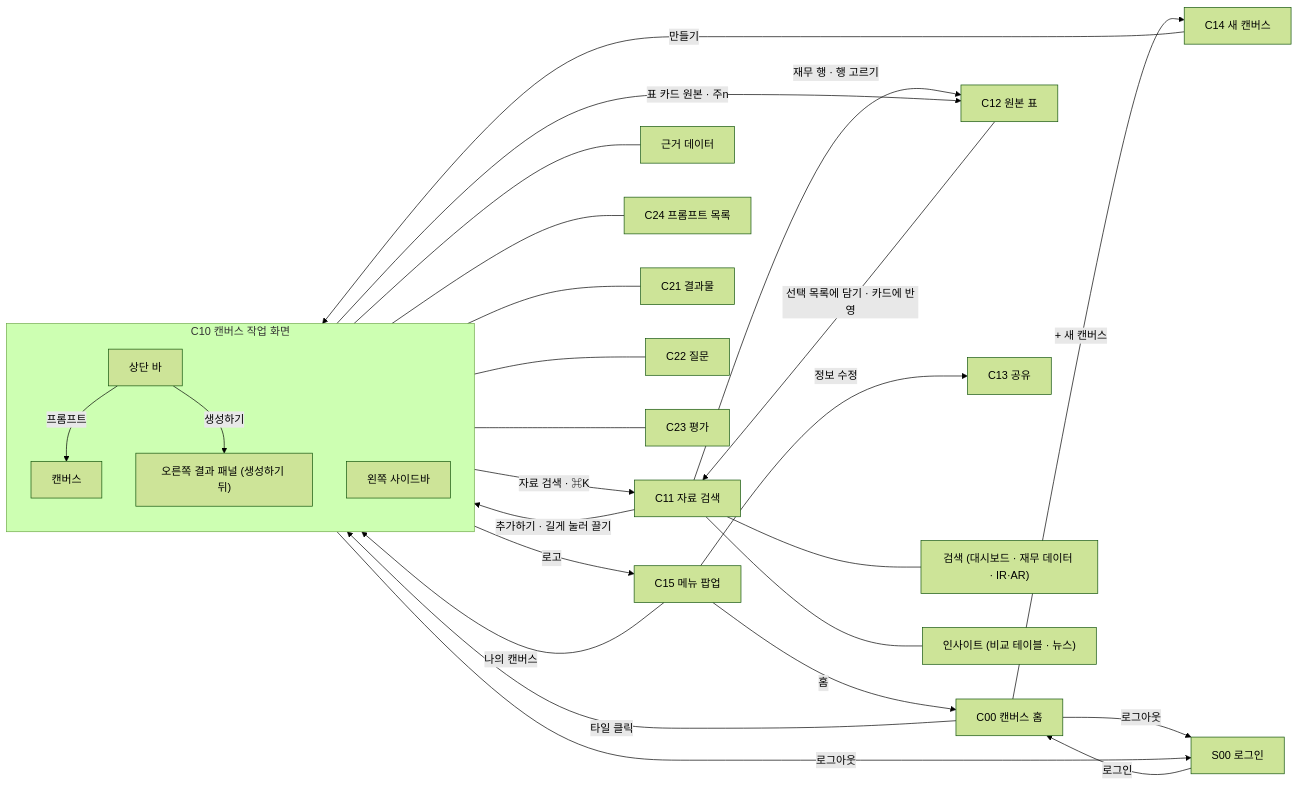
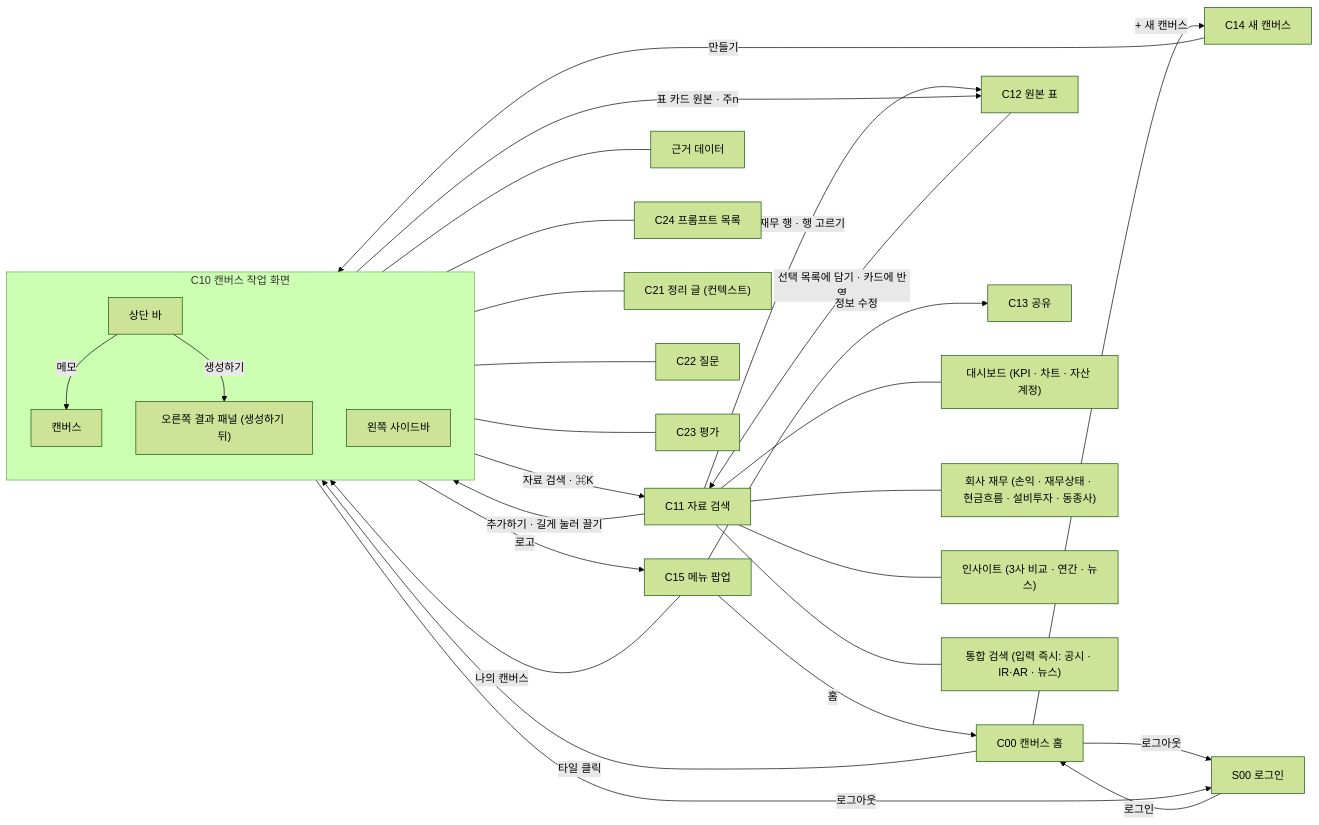
One commit to vamos-team/telescope changed the first of 12 diagrams in docs/frontend/ia.md. Above: the diagram before and after it, drawn with Mermaid (forest theme). The commit also changed other lines of this file and 3 other files, not shown here.

````diff
--- a/docs/frontend/ia.md
+++ b/docs/frontend/ia.md
@@ -66,37 +68,39 @@
 ```mermaid
 flowchart LR
   S00["S00 로그인"] -->|로그인| C00["C00 캔버스 홈"]
   C00 -->|"타일 클릭"| C10
   C00 -->|"+ 새 캔버스"| C14["C14 새 캔버스"]
   C14 -->|"만들기"| C10
 
   subgraph C10["C10 캔버스 작업 화면"]
     direction TB
     B["상단 바"]
     LP["왼쪽 사이드바"]
     CV["캔버스"]
     RP["오른쪽 결과 패널 (생성하기 뒤)"]
   end
 
   B -->|"자료 검색 · ⌘K"| C11["C11 자료 검색"]
-  B -->|"프롬프트"| CV
+  B -->|"메모"| CV
   B -->|"생성하기"| RP
   C11 -->|"재무 행 · 행 고르기"| C12["C12 원본 표"]
   CV -->|"표 카드 원본 · 주n"| C12
   C11 -->|"추가하기 · 길게 눌러 끌기"| CV
   C12 -->|"선택 목록에 담기 · 카드에 반영"| C11
   B -->|"로고"| C15["C15 메뉴 팝업"]
   C15 -->|"홈"| C00
   C15 -->|"나의 캔버스"| C10
   C15 -->|"정보 수정"| C13["C13 공유"]
   LP -->|"로그아웃"| S00
   C00 -->|"로그아웃"| S00
 
   LP --- LP2["근거 데이터"]
   LP --- C24["C24 프롬프트 목록"]
-  RP --- C21["C21 결과물"]
+  RP --- C21["C21 정리 글 (컨텍스트)"]
   RP --- C22["C22 질문"]
   RP --- C23["C23 평가"]
-  C11 --- T1["검색 (대시보드 · 재무 데이터 · IR·AR)"]
-  C11 --- T2["인사이트 (비교 테이블 · 뉴스)"]
+  C11 --- T1["대시보드 (KPI · 차트 · 자산 계정)"]
+  C11 --- T2["회사 재무 (손익 · 재무상태 · 현금흐름 · 설비투자 · 동종사)"]
+  C11 --- T3["인사이트 (3사 비교 · 연간 · 뉴스)"]
+  C11 --- T4["통합 검색 (입력 즉시: 공시 · IR·AR · 뉴스)"]
 ```
````
